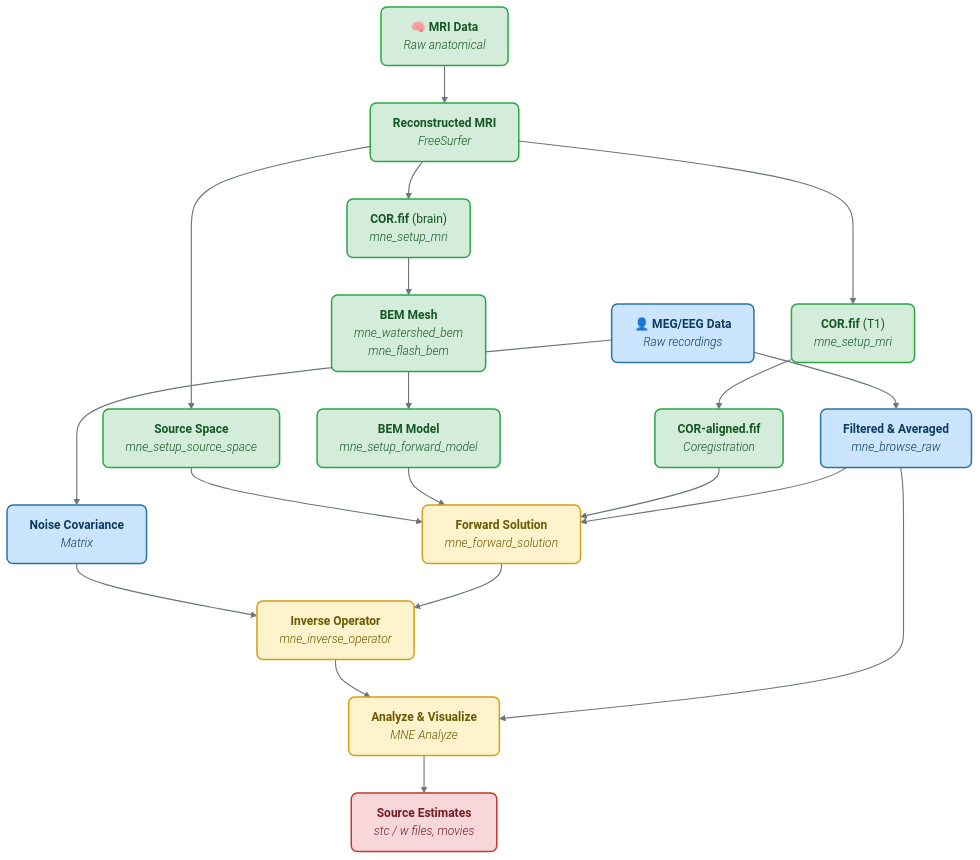
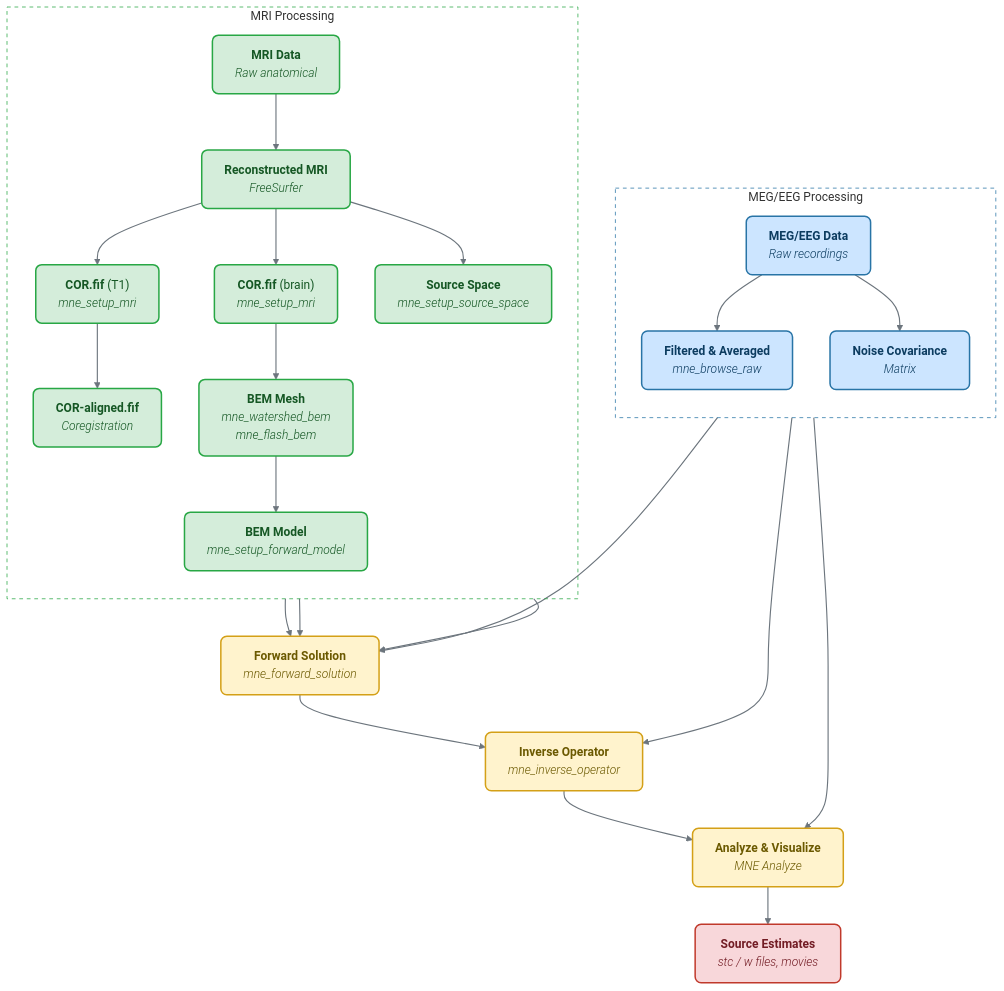
The diagram in doc/website/docs/manual/workflow.mdx (mne-tools/mne-cpp), drawn with Mermaid before and after one commit. The commit also changed other lines of this file and 12 other files, not shown here.

````diff
--- a/doc/website/docs/manual/workflow.mdx
+++ b/doc/website/docs/manual/workflow.mdx
@@ -15,54 +15,63 @@
 ```mermaid
 flowchart TD
-    MRI_RAW["<b>🧠 MRI Data</b><br/><i style='font-weight:300'>Raw anatomical</i>"]
-    FS["<b>Reconstructed MRI</b><br/><i style='font-weight:300'>FreeSurfer</i>"]
-    COR_T1["<b>COR.fif</b> (T1)<br/><i style='font-weight:300'>mne_setup_mri</i>"]
-    COR_BRAIN["<b>COR.fif</b> (brain)<br/><i style='font-weight:300'>mne_setup_mri</i>"]
-    SRC["<b>Source Space</b><br/><i style='font-weight:300'>mne_setup_source_space</i>"]
-    COR_ALIGNED["<b>COR-aligned.fif</b><br/><i style='font-weight:300'>Coregistration</i>"]
-    BEM_MESH["<b>BEM Mesh</b><br/><i style='font-weight:300'>mne_watershed_bem</i><br/><i style='font-weight:300'>mne_flash_bem</i>"]
-    BEM_MODEL["<b>BEM Model</b><br/><i style='font-weight:300'>mne_setup_forward_model</i>"]
+    subgraph MRI_PATH["MRI Processing"]
+        direction TB
+        MRI_RAW["<b>MRI Data</b><br/><i style='font-weight:300'>Raw anatomical</i>"]
+        FS["<b>Reconstructed MRI</b><br/><i style='font-weight:300'>FreeSurfer</i>"]
+        COR_T1["<b>COR.fif</b> (T1)<br/><i style='font-weight:300'>mne_setup_mri</i>"]
+        COR_BRAIN["<b>COR.fif</b> (brain)<br/><i style='font-weight:300'>mne_setup_mri</i>"]
+        SRC["<b>Source Space</b><br/><i style='font-weight:300'>mne_setup_source_space</i>"]
+        COR_ALIGNED["<b>COR-aligned.fif</b><br/><i style='font-weight:300'>Coregistration</i>"]
+        BEM_MESH["<b>BEM Mesh</b><br/><i style='font-weight:300'>mne_watershed_bem</i><br/><i style='font-weight:300'>mne_flash_bem</i>"]
+        BEM_MODEL["<b>BEM Model</b><br/><i style='font-weight:300'>mne_setup_forward_model</i>"]
 
-    MEG_RAW["<b>👤 MEG/EEG Data</b><br/><i style='font-weight:300'>Raw recordings</i>"]
-    FILTERED["<b>Filtered &amp; Averaged</b><br/><i style='font-weight:300'>mne_browse_raw</i>"]
-    NOISE["<b>Noise Covariance</b><br/><i style='font-weight:300'>Matrix</i>"]
+        MRI_RAW --> FS
+        FS --> COR_T1
+        FS --> COR_BRAIN
+        FS --> SRC
+        COR_T1 --> COR_ALIGNED
+        COR_BRAIN --> BEM_MESH
+        BEM_MESH --> BEM_MODEL
+    end
+
+    subgraph MEG_PATH["MEG/EEG Processing"]
+        direction TB
+        MEG_RAW["<b>MEG/EEG Data</b><br/><i style='font-weight:300'>Raw recordings</i>"]
+        FILTERED["<b>Filtered &amp; Averaged</b><br/><i style='font-weight:300'>mne_browse_raw</i>"]
+        NOISE["<b>Noise Covariance</b><br/><i style='font-weight:300'>Matrix</i>"]
+
+        MEG_RAW --> FILTERED
+        MEG_RAW --> NOISE
+    end
 
     FWD["<b>Forward Solution</b><br/><i style='font-weight:300'>mne_forward_solution</i>"]
     INV["<b>Inverse Operator</b><br/><i style='font-weight:300'>mne_inverse_operator</i>"]
     ANALYZE["<b>Analyze &amp; Visualize</b><br/><i style='font-weight:300'>MNE Analyze</i>"]
     OUTPUT["<b>Source Estimates</b><br/><i style='font-weight:300'>stc / w files, movies</i>"]
-
-    MRI_RAW --> FS
-    FS --> COR_T1
-    FS --> COR_BRAIN
-    FS --> SRC
-    COR_T1 --> COR_ALIGNED
-    COR_BRAIN --> BEM_MESH
-    BEM_MESH --> BEM_MODEL
-
-    MEG_RAW --> FILTERED
-    MEG_RAW --> NOISE
 
     SRC --> FWD
     BEM_MODEL --> FWD
     COR_ALIGNED --> FWD
     FILTERED --> FWD
     NOISE --> INV
 
     FWD --> INV
     INV --> ANALYZE
     FILTERED --> ANALYZE
     ANALYZE --> OUTPUT
 
     classDef mri fill:#d4edda,stroke:#28a745,stroke-width:2px,color:#155724,rx:8,ry:8
     classDef meg fill:#cce5ff,stroke:#2874a6,stroke-width:2px,color:#0c3c60,rx:8,ry:8
     classDef proc fill:#fff3cd,stroke:#d4a017,stroke-width:2px,color:#6b5900,rx:8,ry:8
     classDef out fill:#f8d7da,stroke:#c0392b,stroke-width:2px,color:#721c24,rx:8,ry:8
 
     class MRI_RAW,FS,COR_T1,COR_BRAIN,COR_ALIGNED,BEM_MESH,BEM_MODEL,SRC mri
     class MEG_RAW,FILTERED,NOISE meg
     class FWD,INV,ANALYZE proc
     class OUTPUT out
 
+    style MRI_PATH fill:none,stroke:#28a745,stroke-width:1px,stroke-dasharray:5 5
+    style MEG_PATH fill:none,stroke:#2874a6,stroke-width:1px,stroke-dasharray:5 5
+
     linkStyle default stroke:#6c757d,stroke-width:1.5px
 ```
````
